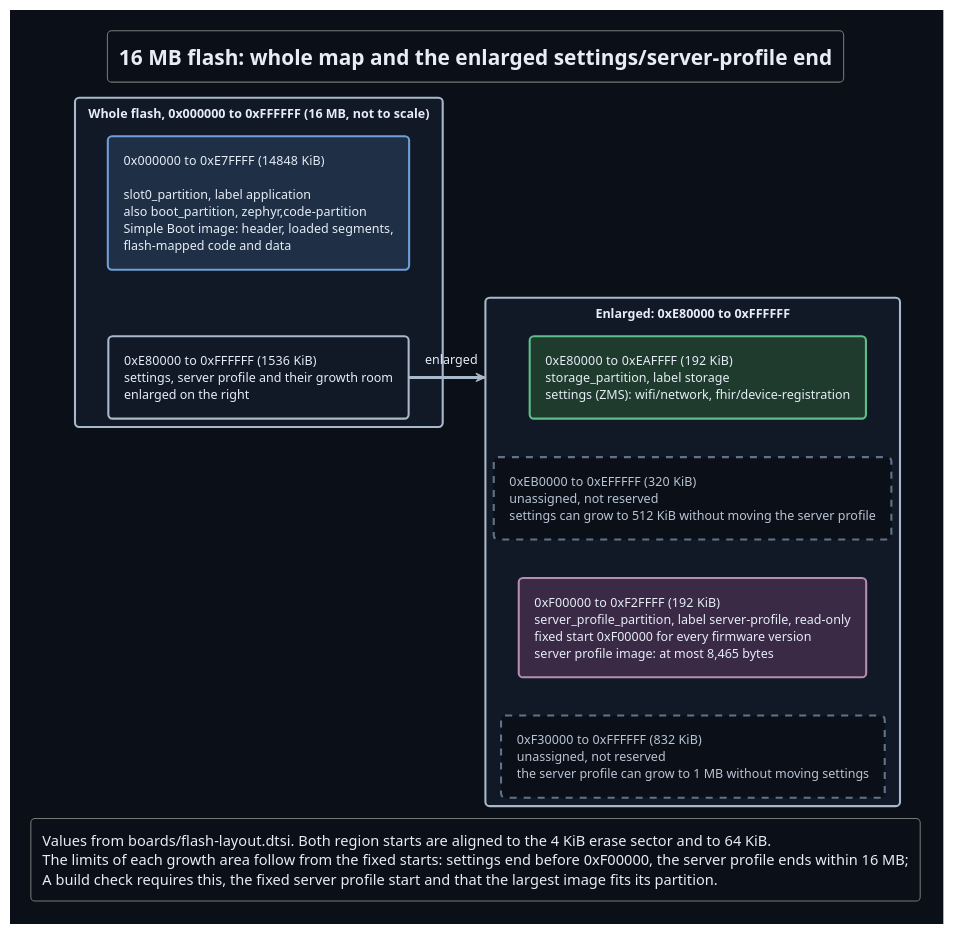
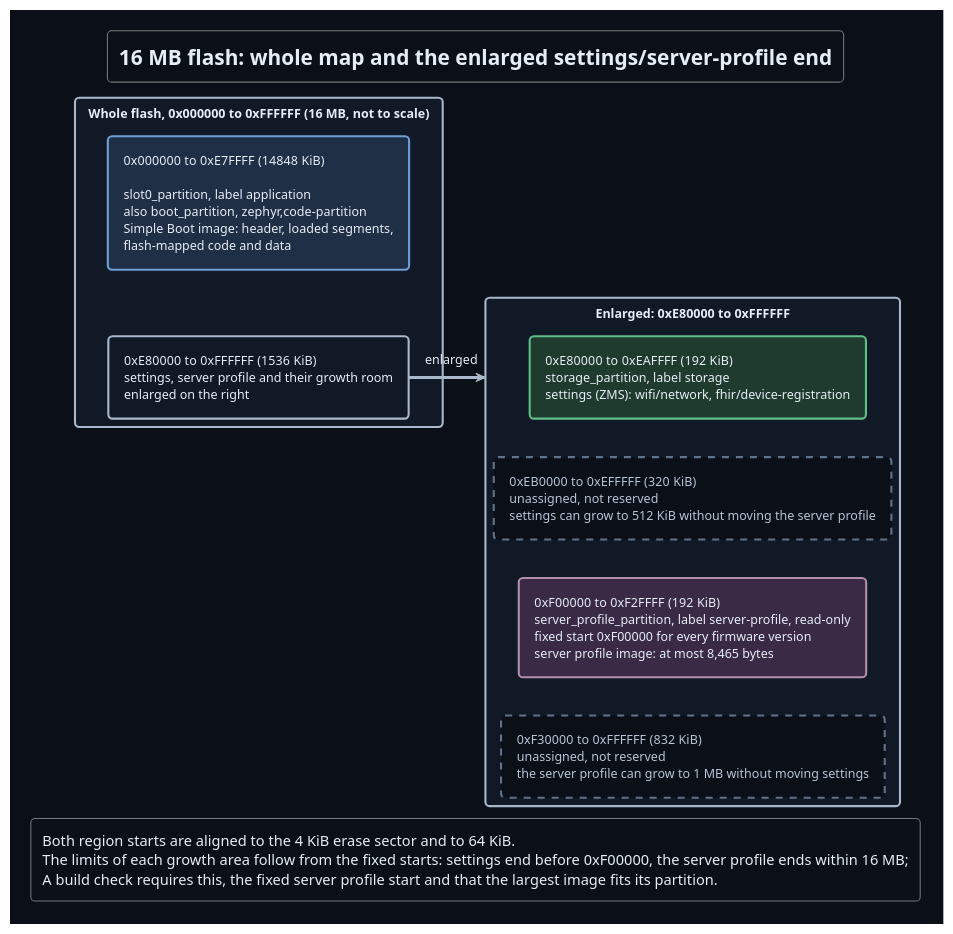
One commit to DemonicPsychoII/DigitalStethoscope changed the diagram in Development/system/design/STORAGE/flash-layout.puml. Above: the diagram before and after it, drawn with PlantUML. The commit also changed 11 other files, not shown here.

First line of the commit message:
documentation: correct five diagram statements that differed from the design and remove as-built wording from the STORAGE design

```diff
--- a/Development/system/design/STORAGE/flash-layout.puml
+++ b/Development/system/design/STORAGE/flash-layout.puml
@@ -1,49 +1,49 @@
 @startuml flash_layout
 !theme cyborg
 !pragma layout smetana
 skinparam shadowing false
 skinparam defaultFontName SansSerif
 skinparam backgroundColor #0b1018
 skinparam defaultFontColor #e6edf7
 skinparam ArrowColor #a9b8ca
 skinparam rectangle {
  BackgroundColor #111826
  BorderColor #a9b8ca
  BackgroundColor<<application>> #1f2f45
  BorderColor<<application>> #6f9fd8
  BackgroundColor<<settings>> #1f3b2d
  BorderColor<<settings>> #5fbf8a
  BackgroundColor<<profile>> #3a2a45
  BorderColor<<profile>> #b48ead
  BackgroundColor<<unassigned>> #0b1018
  BorderColor<<unassigned>> #61738a
  FontColor<<unassigned>> #b8c4d4
  BorderStyle<<unassigned>> dashed
 }
 hide stereotype
 title 16 MB flash: whole map and the enlarged settings/server-profile end
 
 rectangle "Whole flash, 0x000000 to 0xFFFFFF (16 MB, not to scale)" as Whole {
  rectangle "0x000000 to 0xE7FFFF  (14848 KiB)\n\nslot0_partition, label application\nalso boot_partition, zephyr,code-partition\nSimple Boot image: header, loaded segments,\nflash-mapped code and data" as Application <<application>>
  rectangle "0xE80000 to 0xFFFFFF  (1536 KiB)\nsettings, server profile and their growth room\nenlarged on the right" as End
  Application -[hidden]down- End
 }
 
 rectangle "Enlarged: 0xE80000 to 0xFFFFFF" as Zoom {
  rectangle "0xE80000 to 0xEAFFFF  (192 KiB)\nstorage_partition, label storage\nsettings (ZMS): wifi/network, fhir/device-registration" as Settings <<settings>>
  rectangle "0xEB0000 to 0xEFFFFF  (320 KiB)\nunassigned, not reserved\nsettings can grow to 512 KiB without moving the server profile" as SettingsGrowth <<unassigned>>
  rectangle "0xF00000 to 0xF2FFFF  (192 KiB)\nserver_profile_partition, label server-profile, read-only\nfixed start 0xF00000 for every firmware version\nserver profile image: at most 8,465 bytes" as Profile <<profile>>
  rectangle "0xF30000 to 0xFFFFFF  (832 KiB)\nunassigned, not reserved\nthe server profile can grow to 1 MB without moving settings" as ProfileGrowth <<unassigned>>
  Settings -[hidden]down- SettingsGrowth
  SettingsGrowth -[hidden]down- Profile
  Profile -[hidden]down- ProfileGrowth
 }
 
 End -right-> Zoom : enlarged
 
 legend bottom left
- Values from boards/flash-layout.dtsi. Both region starts are aligned to the 4 KiB erase sector and to 64 KiB.
+ Both region starts are aligned to the 4 KiB erase sector and to 64 KiB.
  The limits of each growth area follow from the fixed starts: settings end before 0xF00000, the server profile ends within 16 MB;
  A build check requires this, the fixed server profile start and that the largest image fits its partition.
 endlegend
 @enduml
```
